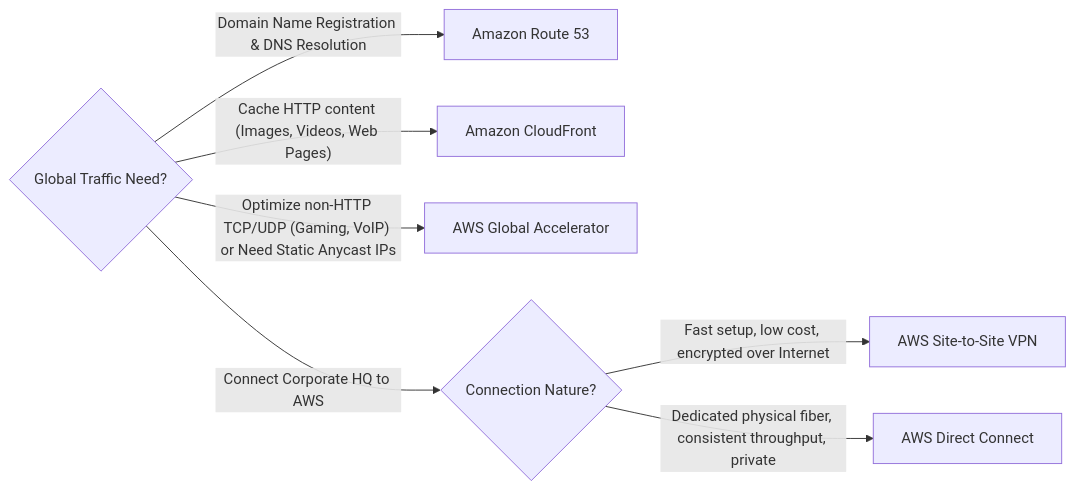
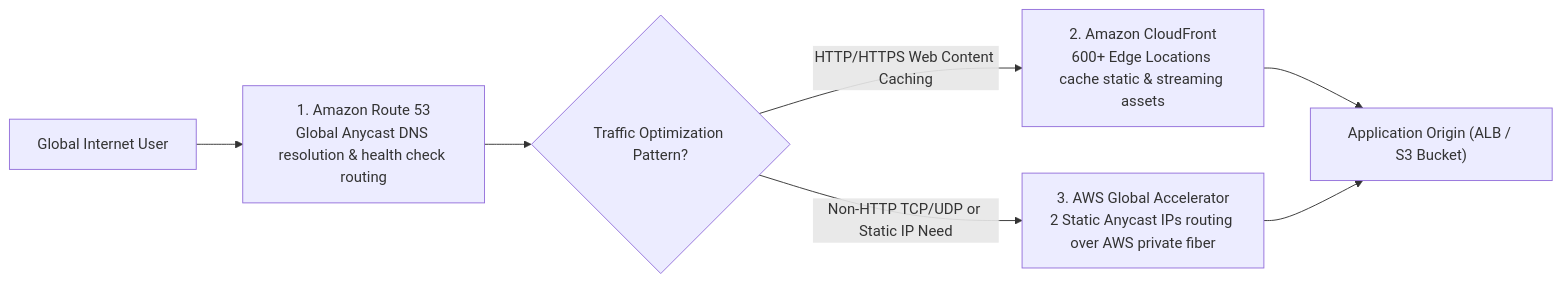
One commit to fakhruldeen/AWS changed the fourth of 5 diagrams in Cloud/Practitioner/CLF-C02/06_Explanations/03_Technology_and_Services/Networking_and_Content_Delivery.md. Above: the diagram before and after it, drawn with Mermaid. The commit also changed other lines of this file and 18 other files, not shown here.

````diff
--- a/Cloud/Practitioner/CLF-C02/06_Explanations/03_Technology_and_Services/Networking_and_Content_Delivery.md
+++ b/Cloud/Practitioner/CLF-C02/06_Explanations/03_Technology_and_Services/Networking_and_Content_Delivery.md
@@ -56,13 +134,12 @@
 ```mermaid
 flowchart LR
-    Start{"Global Traffic Need?"}
-    Start -->|"Domain Name Registration & DNS Resolution"| R53["Amazon Route 53"]
+    Client["Global Internet User"] --> R53["1. Amazon Route 53<br/>Global Anycast DNS resolution & health check routing"]
     
-    Start -->|"Cache HTTP content (Images, Videos, Web Pages)"| CF["Amazon CloudFront"]
+    R53 --> Choice{"Traffic Optimization Pattern?"}
     
-    Start -->|"Optimize non-HTTP TCP/UDP (Gaming, VoIP) or Need Static Anycast IPs"| GA["AWS Global Accelerator"]
+    Choice -->|HTTP/HTTPS Web Content Caching| CF["2. Amazon CloudFront<br/>600+ Edge Locations cache static & streaming assets"]
+    Choice -->|Non-HTTP TCP/UDP or Static IP Need| GA["3. AWS Global Accelerator<br/>2 Static Anycast IPs routing over AWS private fiber"]
     
-    Start -->|"Connect Corporate HQ to AWS"| HybridChoice{"Connection Nature?"}
-    HybridChoice -->|"Fast setup, low cost, encrypted over Internet"| VPN["AWS Site-to-Site VPN"]
-    HybridChoice -->|"Dedicated physical fiber, consistent throughput, private"| DX["AWS Direct Connect"]
+    CF --> Origin["Application Origin (ALB / S3 Bucket)"]
+    GA --> Origin
 ```
````
